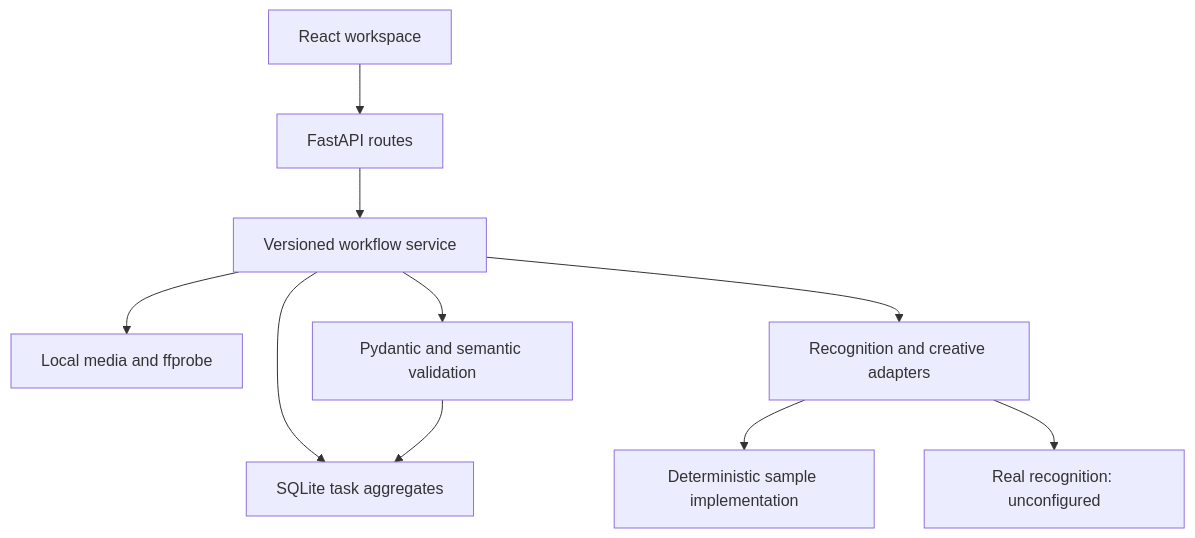
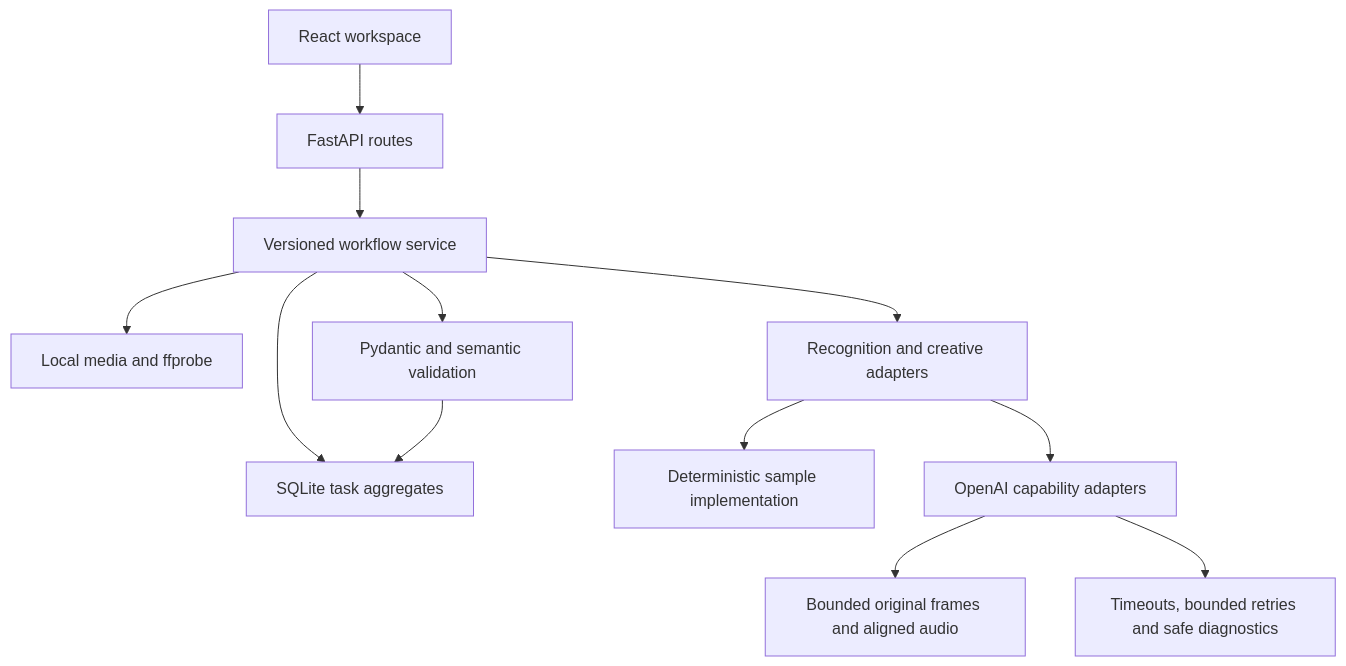
The diagram in docs/architecture.md (Frankwu899/586-project), drawn with Mermaid before and after one commit. The commit also changed other lines of this file and 9 other files, not shown here.

````diff
--- a/docs/architecture.md
+++ b/docs/architecture.md
@@ -19,12 +21,14 @@
 ```mermaid
 flowchart TD
     UI[React workspace] --> API[FastAPI routes]
     API --> SERVICE[Versioned workflow service]
     SERVICE --> STORE[SQLite task aggregates]
     SERVICE --> MEDIA[Local media and ffprobe]
     SERVICE --> ADAPTER[Recognition and creative adapters]
     ADAPTER --> SAMPLE[Deterministic sample implementation]
-    ADAPTER --> REAL[Real recognition: unconfigured]
+    ADAPTER --> REAL[OpenAI capability adapters]
+    REAL --> PREP[Bounded original frames and aligned audio]
+    REAL --> TRANSPORT[Timeouts, bounded retries and safe diagnostics]
     SERVICE --> VALIDATE[Pydantic and semantic validation]
     VALIDATE --> STORE
 ```
````
